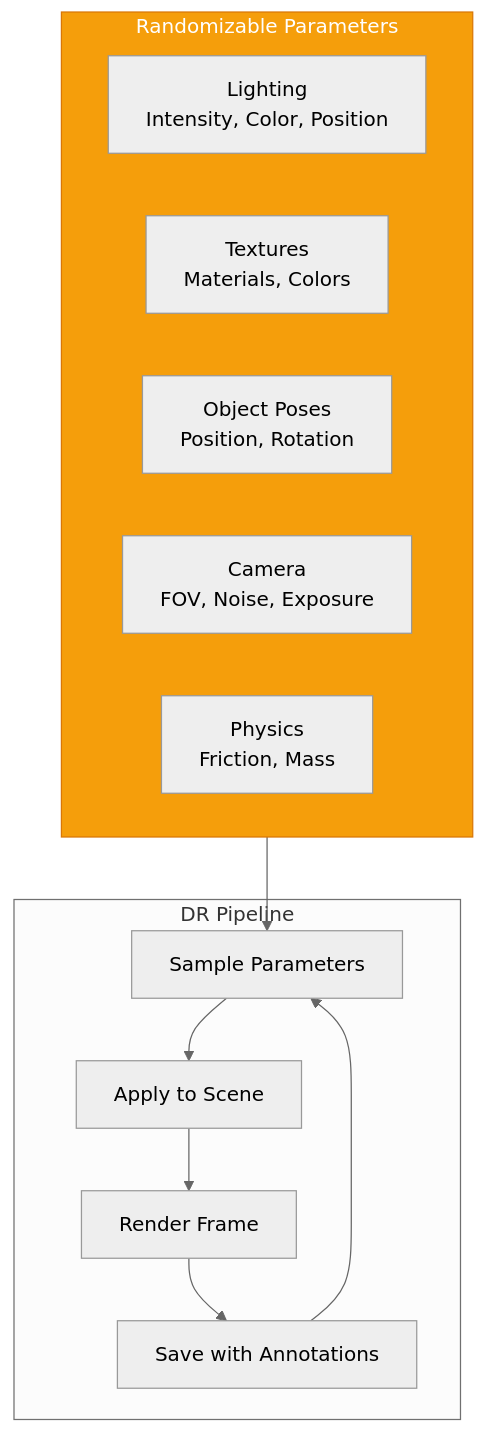
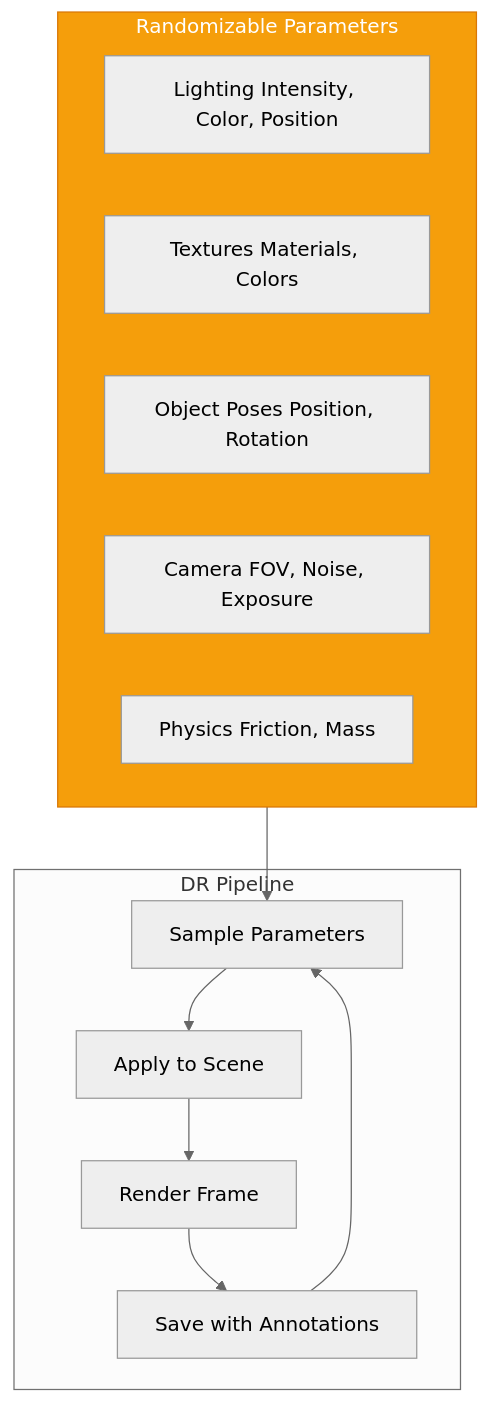
One commit to shakir-hussain1/physical-AI-and-humanoid-robotics-textbook-by-shakir-hussain changed the third of 4 diagrams in docs/modules/module-3-isaac/chapter-10-sim.md. Above: the diagram before and after it, drawn with Mermaid (neutral theme). The commit also changed other lines of this file and 17 other files, not shown here.

Commit message:
fix: Remove br tags from Mermaid diagrams causing parse errors

````diff
--- a/docs/modules/module-3-isaac/chapter-10-sim.md
+++ b/docs/modules/module-3-isaac/chapter-10-sim.md
@@ -309,25 +309,25 @@
 ```mermaid
 flowchart TD
     subgraph Parameters["Randomizable Parameters"]
-        LIGHT[Lighting<br/>Intensity, Color, Position]
-        TEX[Textures<br/>Materials, Colors]
-        POSE[Object Poses<br/>Position, Rotation]
-        CAM[Camera<br/>FOV, Noise, Exposure]
-        PHYS[Physics<br/>Friction, Mass]
+        LIGHT[Lighting Intensity, Color, Position]
+        TEX[Textures Materials, Colors]
+        POSE[Object Poses Position, Rotation]
+        CAM[Camera FOV, Noise, Exposure]
+        PHYS[Physics Friction, Mass]
     end
 
     subgraph Pipeline["DR Pipeline"]
         SAMPLE[Sample Parameters]
         APPLY[Apply to Scene]
         RENDER[Render Frame]
         SAVE[Save with Annotations]
     end
 
     Parameters --> SAMPLE
     SAMPLE --> APPLY
     APPLY --> RENDER
     RENDER --> SAVE
     SAVE --> SAMPLE
 
     style Parameters fill:#f59e0b,stroke:#d97706,color:#fff
 ```
````
